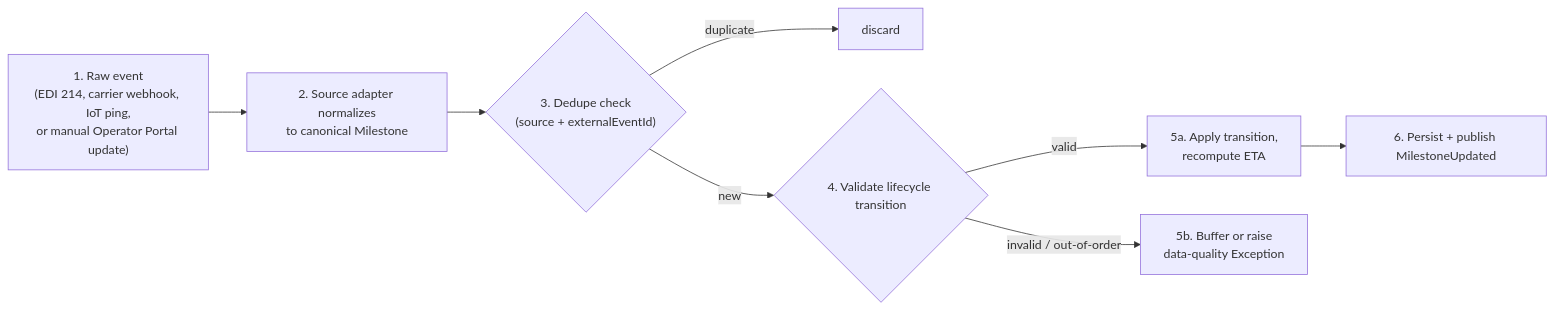
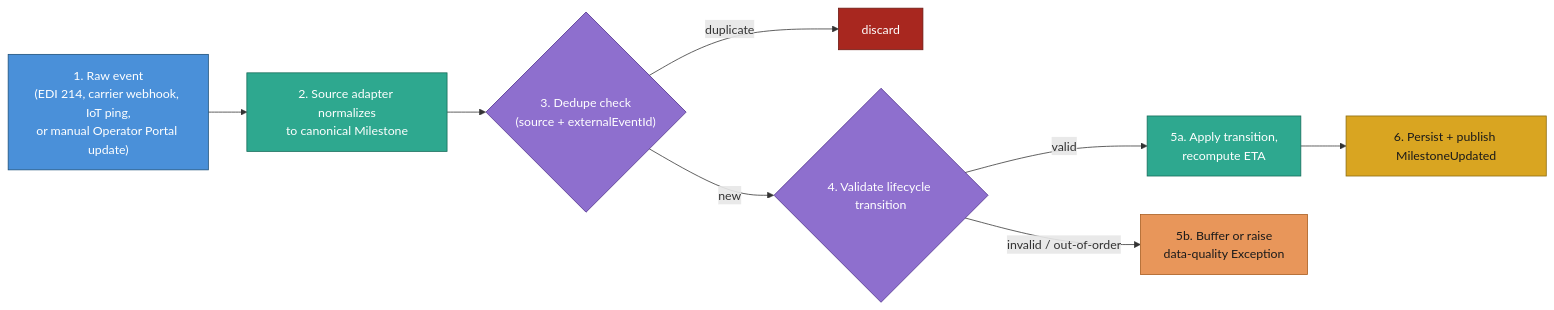
One commit to Pratyush576/CodingPractice changed diagram 15 of 36 in lib/src/main/java/org/pk/practices/design/supplychain/DESIGN.md. Above: the diagram before and after it, drawn with Mermaid. The commit also changed other lines of this file and 5 other files, not shown here.

Commit message:
Enhanced the diagrams

````diff
--- a/lib/src/main/java/org/pk/practices/design/supplychain/DESIGN.md
+++ b/lib/src/main/java/org/pk/practices/design/supplychain/DESIGN.md
@@ -1202,10 +1332,24 @@
 ```mermaid
 flowchart LR
     A["1. Raw event<br/>(EDI 214, carrier webhook, IoT ping,<br/>or manual Operator Portal update)"] --> B["2. Source adapter normalizes<br/>to canonical Milestone"]
     B --> C{"3. Dedupe check<br/>(source + externalEventId)"}
     C -->|duplicate| Z["discard"]
     C -->|new| D{"4. Validate lifecycle transition"}
     D -->|valid| E["5a. Apply transition,<br/>recompute ETA"]
     D -->|invalid / out-of-order| F["5b. Buffer or raise<br/>data-quality Exception"]
     E --> G["6. Persist + publish MilestoneUpdated"]
+
+    classDef input fill:#4a90d9,stroke:#1c4e78,color:#ffffff
+    classDef process fill:#2ea88f,stroke:#146b58,color:#ffffff
+    classDef decision fill:#8e6fce,stroke:#4d2e8a,color:#ffffff
+    classDef discard fill:#a8271f,stroke:#6b1a14,color:#ffffff
+    classDef alternate fill:#e8965a,stroke:#a85c1f,color:#1a1a1a
+    classDef outcome fill:#d9a521,stroke:#8a6a0f,color:#1a1a1a
+    class A input
+    class B process
+    class C,D decision
+    class Z discard
+    class E process
+    class F alternate
+    class G outcome
 ```
````
